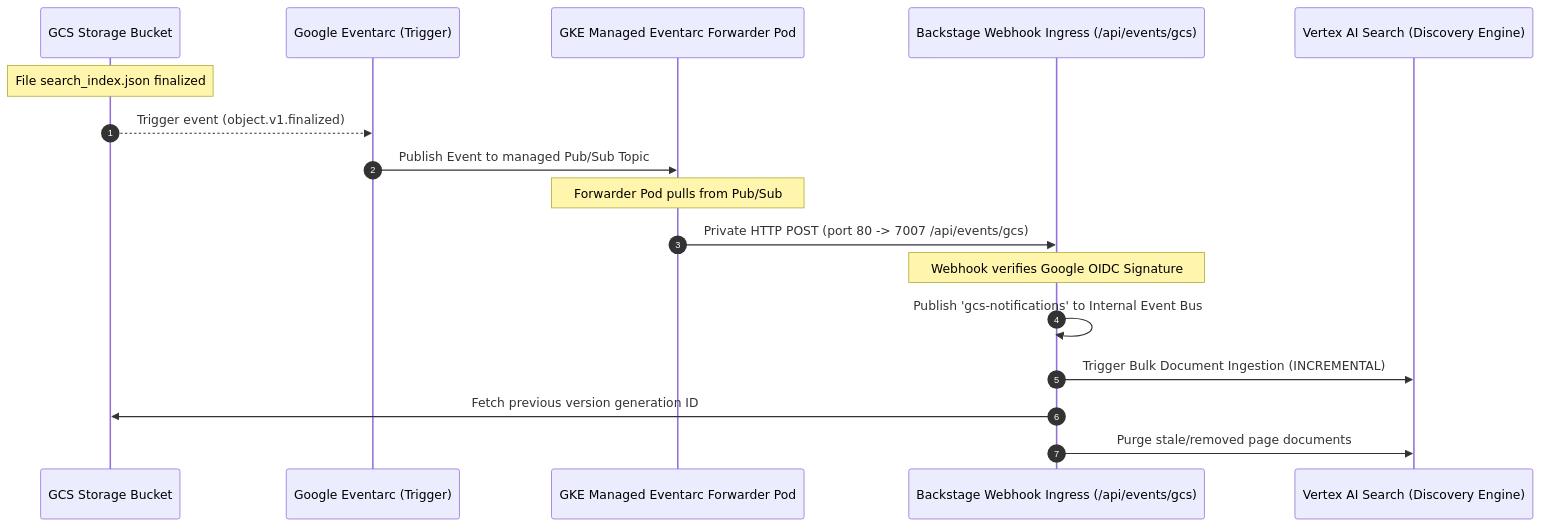
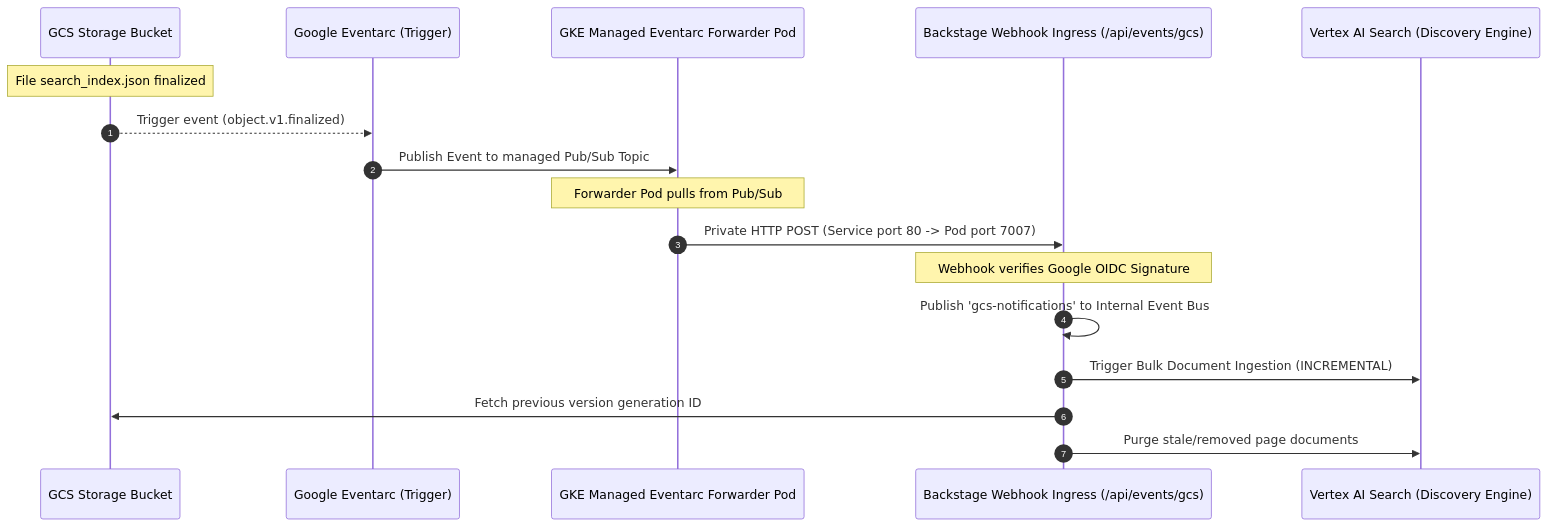
The diagram in workspaces/hybrid-search/plugins/events-backend-module-gcs-eventarc/README.md (backstage/community-plugins), drawn with Mermaid before and after one commit. The commit also changed other lines of this file and 21 other files, not shown here.

````diff
--- a/workspaces/hybrid-search/plugins/events-backend-module-gcs-eventarc/README.md
+++ b/workspaces/hybrid-search/plugins/events-backend-module-gcs-eventarc/README.md
@@ -7,20 +9,20 @@
 ```mermaid
 sequenceDiagram
     autonumber
     participant GCS as GCS Storage Bucket
     participant EA as Google Eventarc (Trigger)
     participant FWD as GKE Managed Eventarc Forwarder Pod
     participant BS as Backstage Webhook Ingress (/api/events/gcs)
     participant VAI as Vertex AI Search (Discovery Engine)
 
     Note over GCS: File search_index.json finalized
     GCS-->>EA: Trigger event (object.v1.finalized)
     EA->>FWD: Publish Event to managed Pub/Sub Topic
     Note over FWD: Forwarder Pod pulls from Pub/Sub
-    FWD->>BS: Private HTTP POST (port 80 -> 7007 /api/events/gcs)
+    FWD->>BS: Private HTTP POST (Service port 80 -> Pod port 7007)
     Note over BS: Webhook verifies Google OIDC Signature
     BS->>BS: Publish 'gcs-notifications' to Internal Event Bus
     BS->>VAI: Trigger Bulk Document Ingestion (INCREMENTAL)
     BS->>GCS: Fetch previous version generation ID
     BS->>VAI: Purge stale/removed page documents
 ```
````
